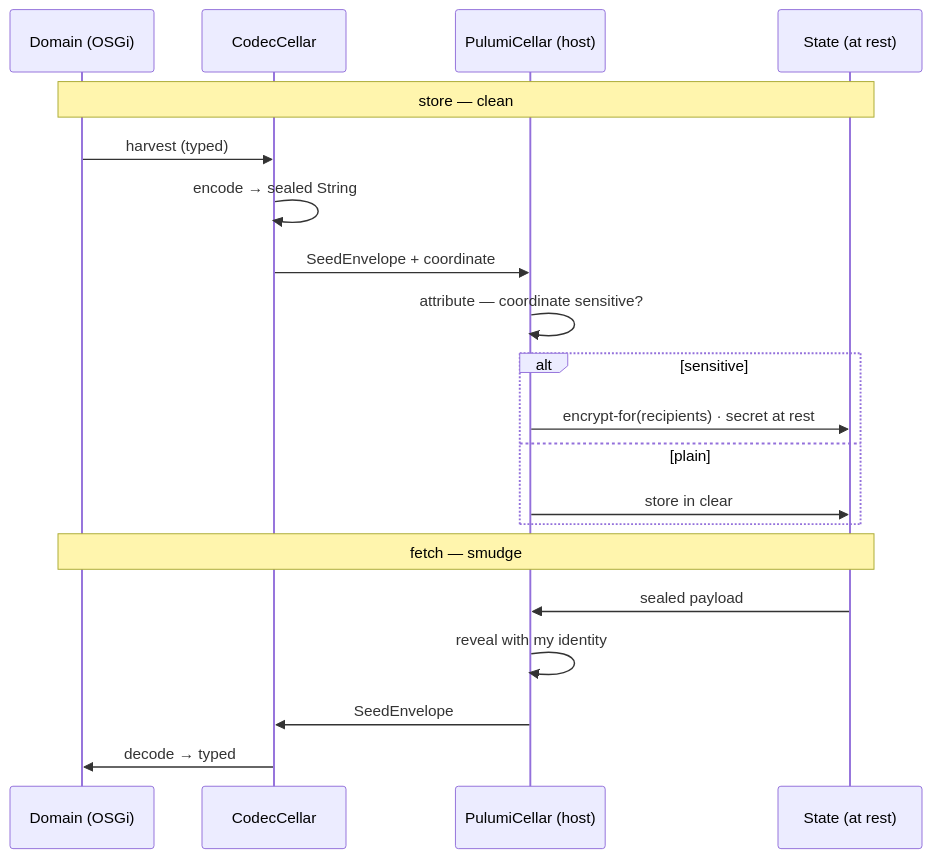
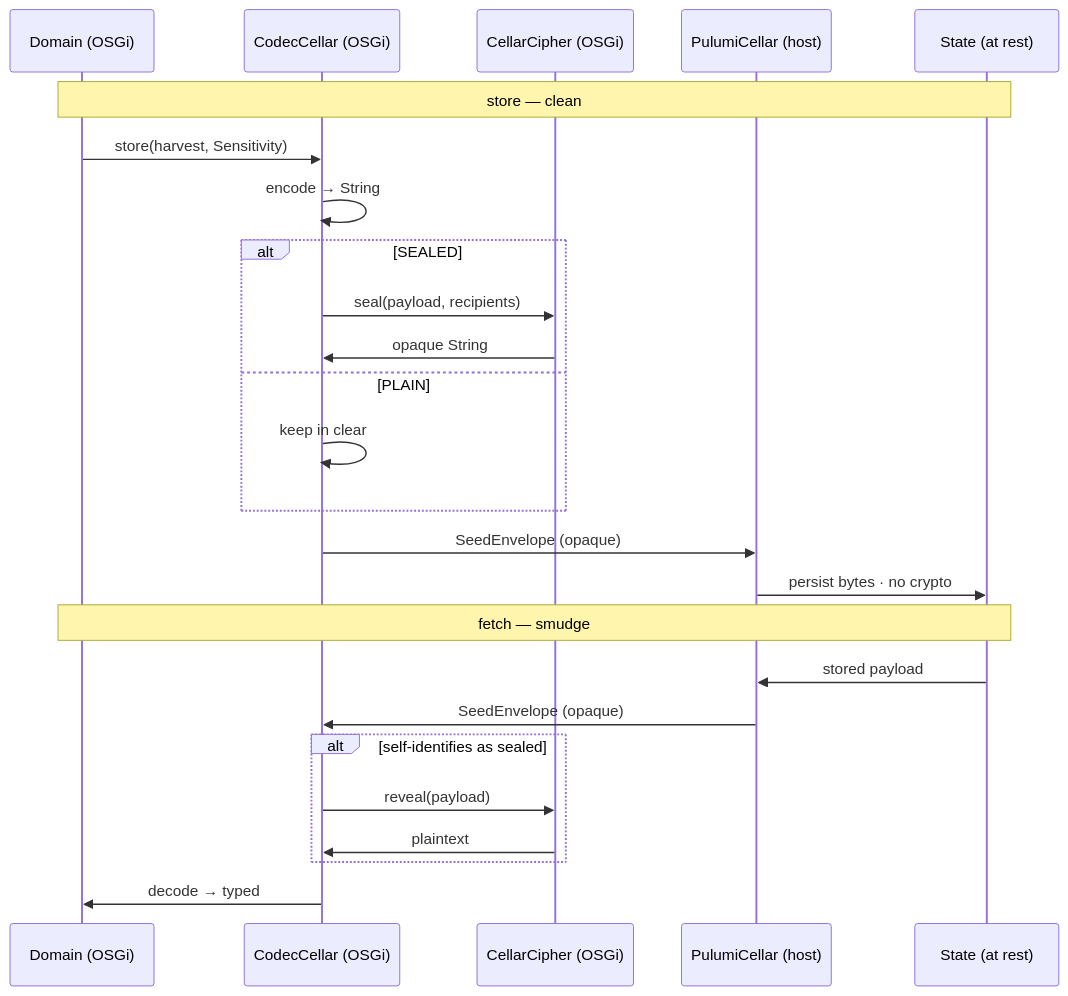
The fourth of 4 diagrams in docs/architecture/atlas/cellar-secrets.adoc (nxmatic/rke2lab), drawn with Mermaid before and after one commit. The commit also changed other lines of this file and 1 other file, not shown here.

First line of the commit message:
docs(atlas): rework cellar-secrets #1 — a CellarCipher seam, not a git-edge

```diff
--- a/docs/architecture/atlas/cellar-secrets.adoc
+++ b/docs/architecture/atlas/cellar-secrets.adoc
@@ -196,23 +206,28 @@
 [mermaid]
 ....
 sequenceDiagram
   participant D as Domain (OSGi)
-  participant C as CodecCellar
+  participant C as CodecCellar (OSGi)
+  participant G as CellarCipher (OSGi)
   participant P as PulumiCellar (host)
   participant S as State (at rest)
   Note over D,S: store — clean
-  D->>C: harvest (typed)
-  C->>C: encode → sealed String
-  C->>P: SeedEnvelope + coordinate
-  P->>P: attribute — coordinate sensitive?
-  alt sensitive
-    P->>S: encrypt-for(recipients) · secret at rest
-  else plain
-    P->>S: store in clear
+  D->>C: store(harvest, Sensitivity)
+  C->>C: encode → String
+  alt SEALED
+    C->>G: seal(payload, recipients)
+    G->>C: opaque String
+  else PLAIN
+    C->>C: keep in clear
   end
+  C->>P: SeedEnvelope (opaque)
+  P->>S: persist bytes · no crypto
   Note over D,S: fetch — smudge
-  S->>P: sealed payload
-  P->>P: reveal with my identity
-  P->>C: SeedEnvelope
+  S->>P: stored payload
+  P->>C: SeedEnvelope (opaque)
+  alt self-identifies as sealed
+    C->>G: reveal(payload)
+    G->>C: plaintext
+  end
   C->>D: decode → typed
 ....
```
